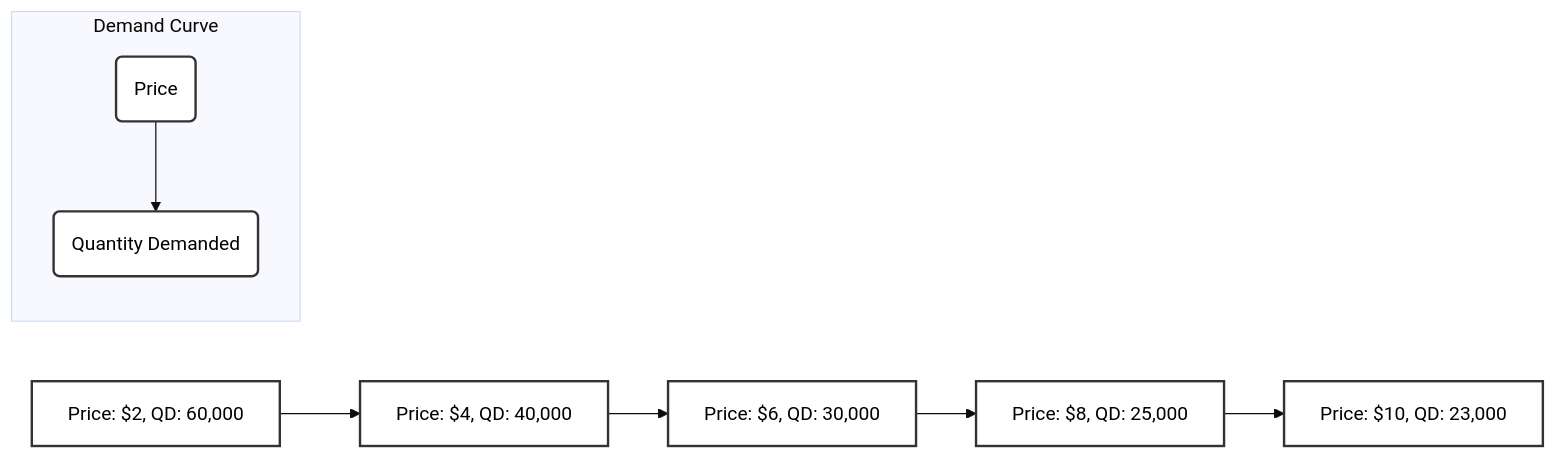
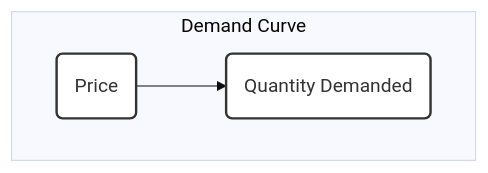
Before and after one commit to sieve-data/tubegraph: the diagram in content/khanacademy/demand_schedule_and_demand_curve.md, drawn with Mermaid (base theme). The commit also changed other lines of this file and 466 other files, not shown here.

````diff
--- a/content/khanacademy/demand_schedule_and_demand_curve.md
+++ b/content/khanacademy/demand_schedule_and_demand_curve.md
@@ -38,20 +51,9 @@
 ```mermaid
-graph LR
+graph TD
     subgraph Demand Curve
-        direction TB
-        Price(Price) --> Q(Quantity Demanded)
+        direction LR
+        Price(Price) --> QuantityDemanded(Quantity Demanded)
     end
-
-    A[Price: $2, QD: 60,000] --> B[Price: $4, QD: 40,000]
-    B --> C[Price: $6, QD: 30,000]
-    C --> D[Price: $8, QD: 25,000]
-    D --> E[Price: $10, QD: 23,000]
-
-    style Price fill:#fff,stroke:#333,stroke-width:2px,color:#000
-    style Q fill:#fff,stroke:#333,stroke-width:2px,color:#000
-    style A fill:#fff,stroke:#333,stroke-width:2px,color:#000
-    style B fill:#fff,stroke:#333,stroke-width:2px,color:#000
-    style C fill:#fff,stroke:#333,stroke-width:2px,color:#000
-    style D fill:#fff,stroke:#333,stroke-width:2px,color:#000
-    style E fill:#fff,stroke:#333,stroke-width:2px,color:#000
+    style Price fill:#fff,stroke:#333,stroke-width:2px
+    style QuantityDemanded fill:#fff,stroke:#333,stroke-width:2px
 ```
````
